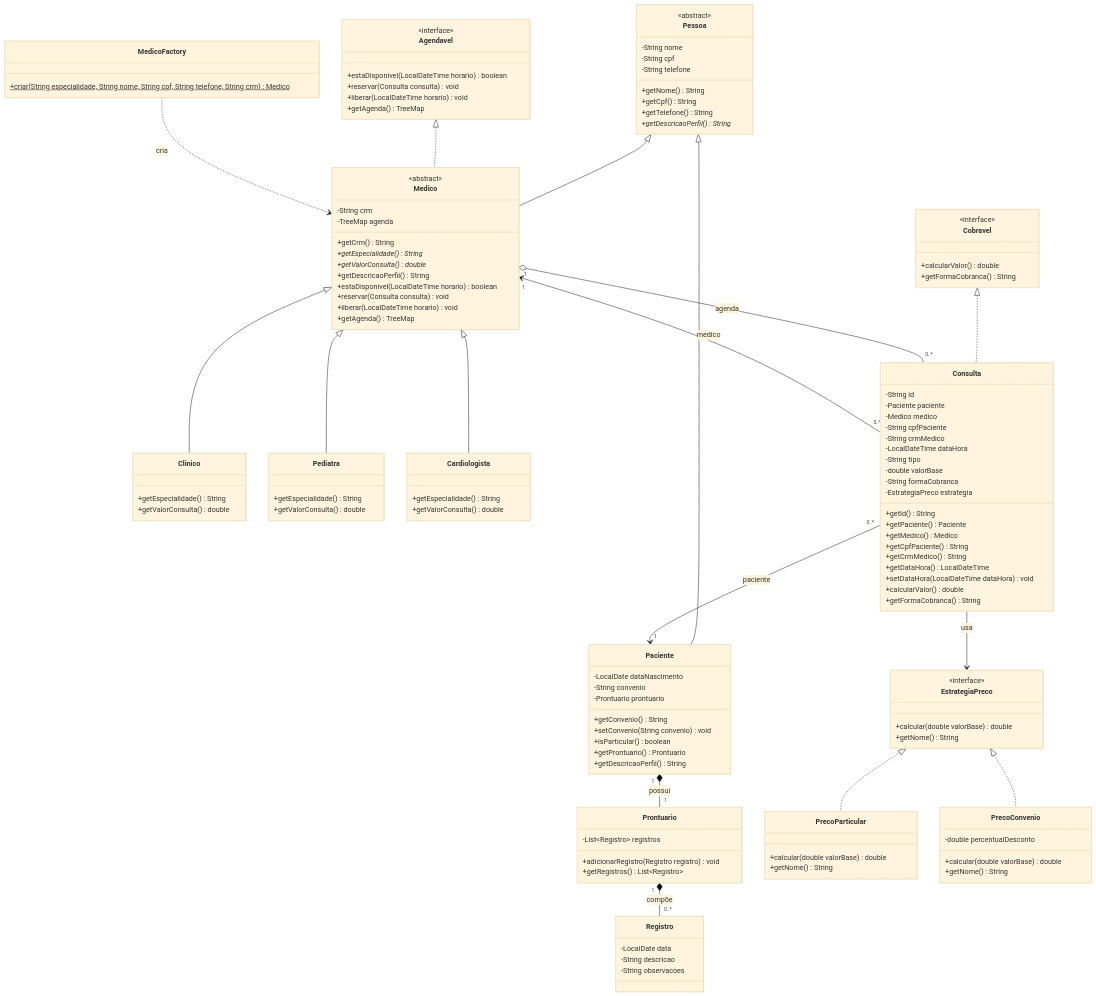
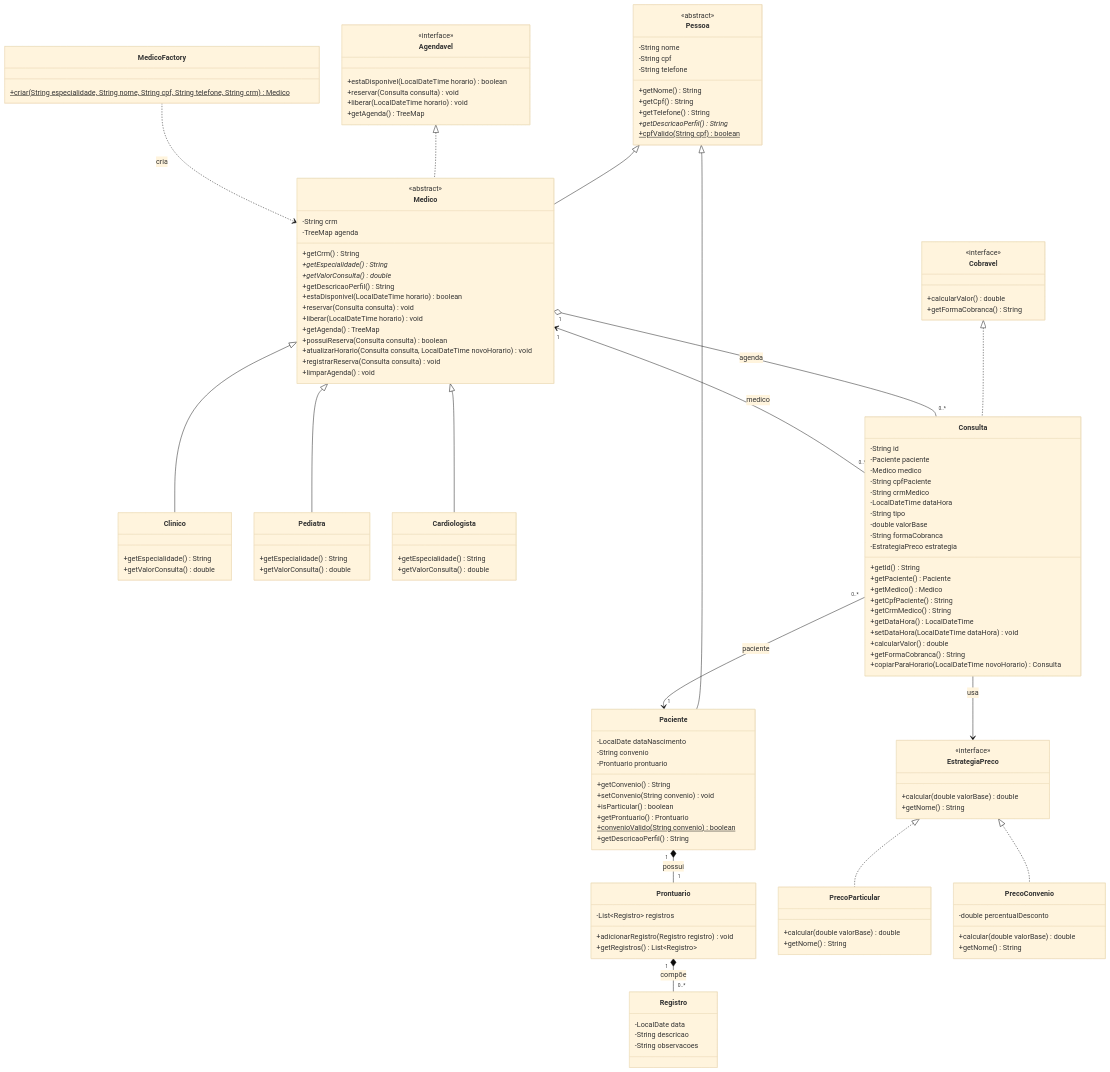
The first of 2 diagrams in README.md (mfernanda2218/sistema-clinico), drawn with Mermaid (base theme) before and after one commit. The commit also changed other lines of this file and 1 other file, not shown here.

```diff
--- a/README.md
+++ b/README.md
@@ -38,6 +119,7 @@
         +getCpf() String
         +getTelefone() String
         +getDescricaoPerfil()* String
+        +cpfValido(String cpf)$ boolean
     }
  
     class Paciente {
@@ -48,6 +130,7 @@
         +setConvenio(String convenio) void
         +isParticular() boolean
         +getProntuario() Prontuario
+        +convenioValido(String convenio)$ boolean
         +getDescricaoPerfil() String
     }
  
@@ -75,6 +158,10 @@
         +reservar(Consulta consulta) void
         +liberar(LocalDateTime horario) void
         +getAgenda() TreeMap
+        +possuiReserva(Consulta consulta) boolean
+        +atualizarHorario(Consulta consulta, LocalDateTime novoHorario) void
+        +registrarReserva(Consulta consulta) void
+        +limparAgenda() void
     }
  
     class Clinico {
@@ -143,6 +230,7 @@
         +setDataHora(LocalDateTime dataHora) void
         +calcularValor() double
         +getFormaCobranca() String
+        +copiarParaHorario(LocalDateTime novoHorario) Consulta
     }
  
     class MedicoFactory {
```
